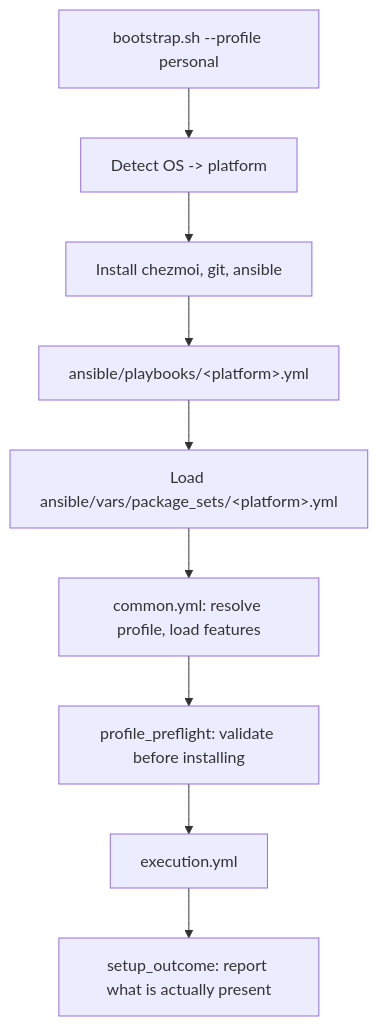
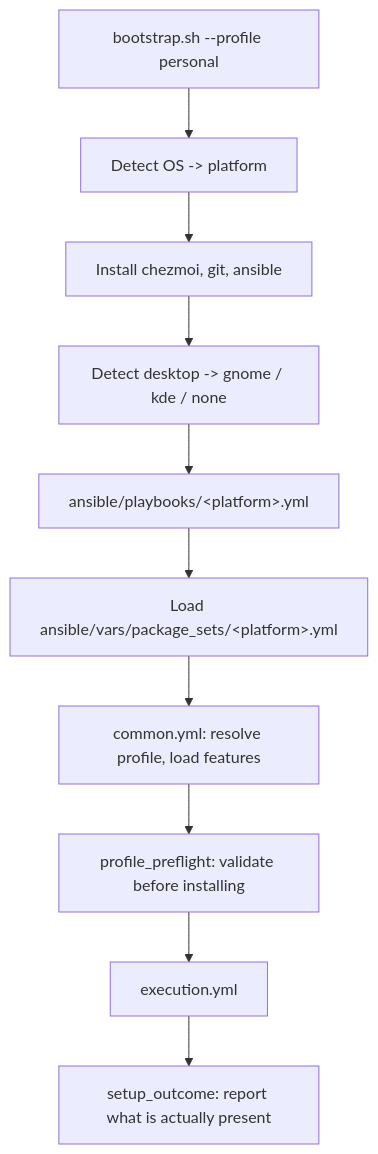
One commit to Patruxs/dotfiles changed the diagram in docs/architecture.md. Above: the diagram before and after it, drawn with Mermaid. The commit also changed other lines of this file and 33 other files, not shown here.

First line of the commit message:
Implement desktop environment detection and KDE settings synchronization scripts

````diff
--- a/docs/architecture.md
+++ b/docs/architecture.md
@@ -66,11 +66,12 @@
 ```mermaid
 flowchart TD
     A["bootstrap.sh --profile personal"] --> B["Detect OS -> platform"]
     B --> C["Install chezmoi, git, ansible"]
-    C --> D["ansible/playbooks/&lt;platform&gt;.yml"]
+    C --> C2["Detect desktop -> gnome / kde / none"]
+    C2 --> D["ansible/playbooks/&lt;platform&gt;.yml"]
     D --> E["Load ansible/vars/package_sets/&lt;platform&gt;.yml"]
     E --> F["common.yml: resolve profile, load features"]
     F --> G["profile_preflight: validate before installing"]
     G --> H["execution.yml"]
     H --> I["setup_outcome: report what is actually present"]
 ```
````
